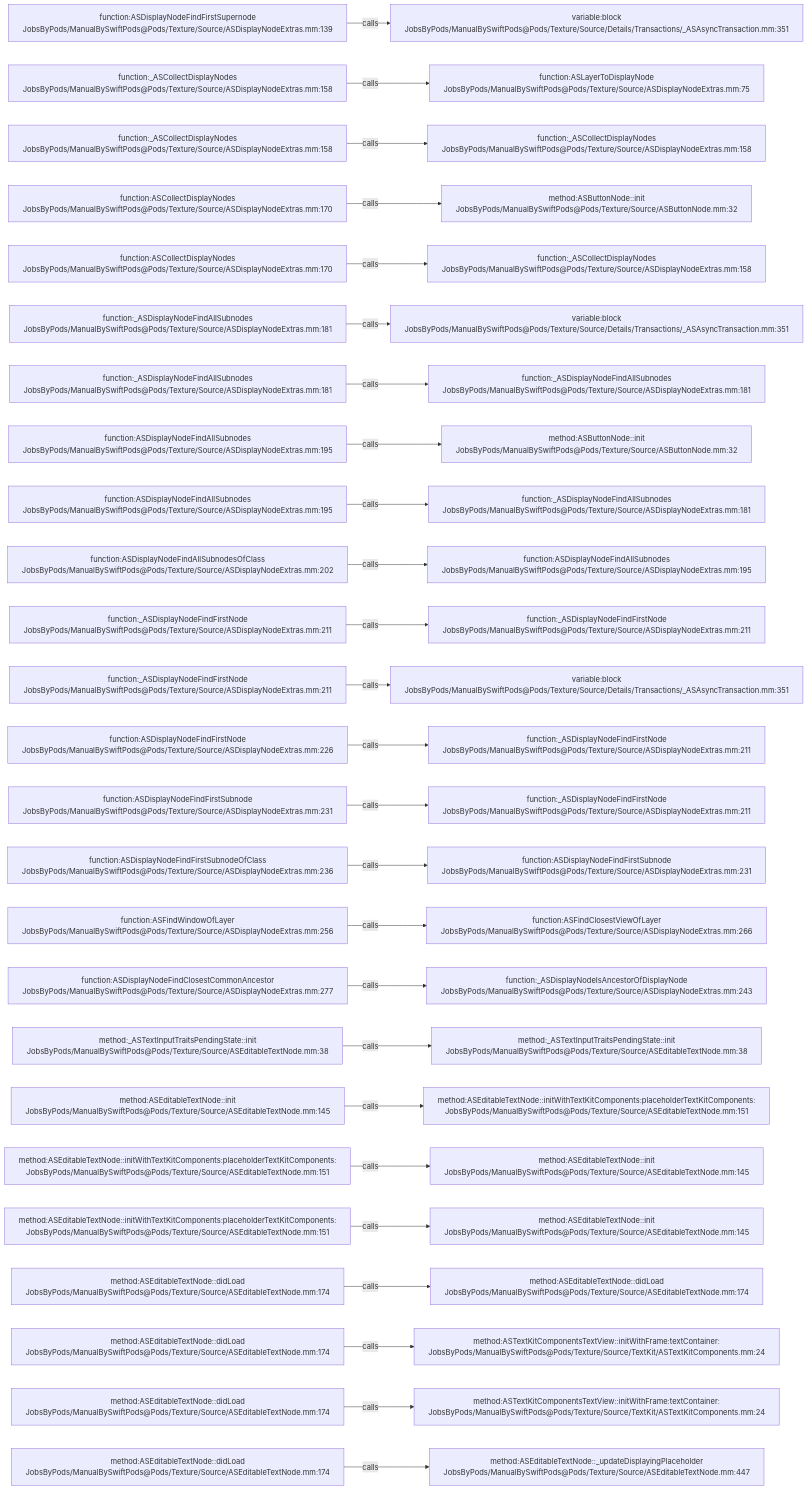
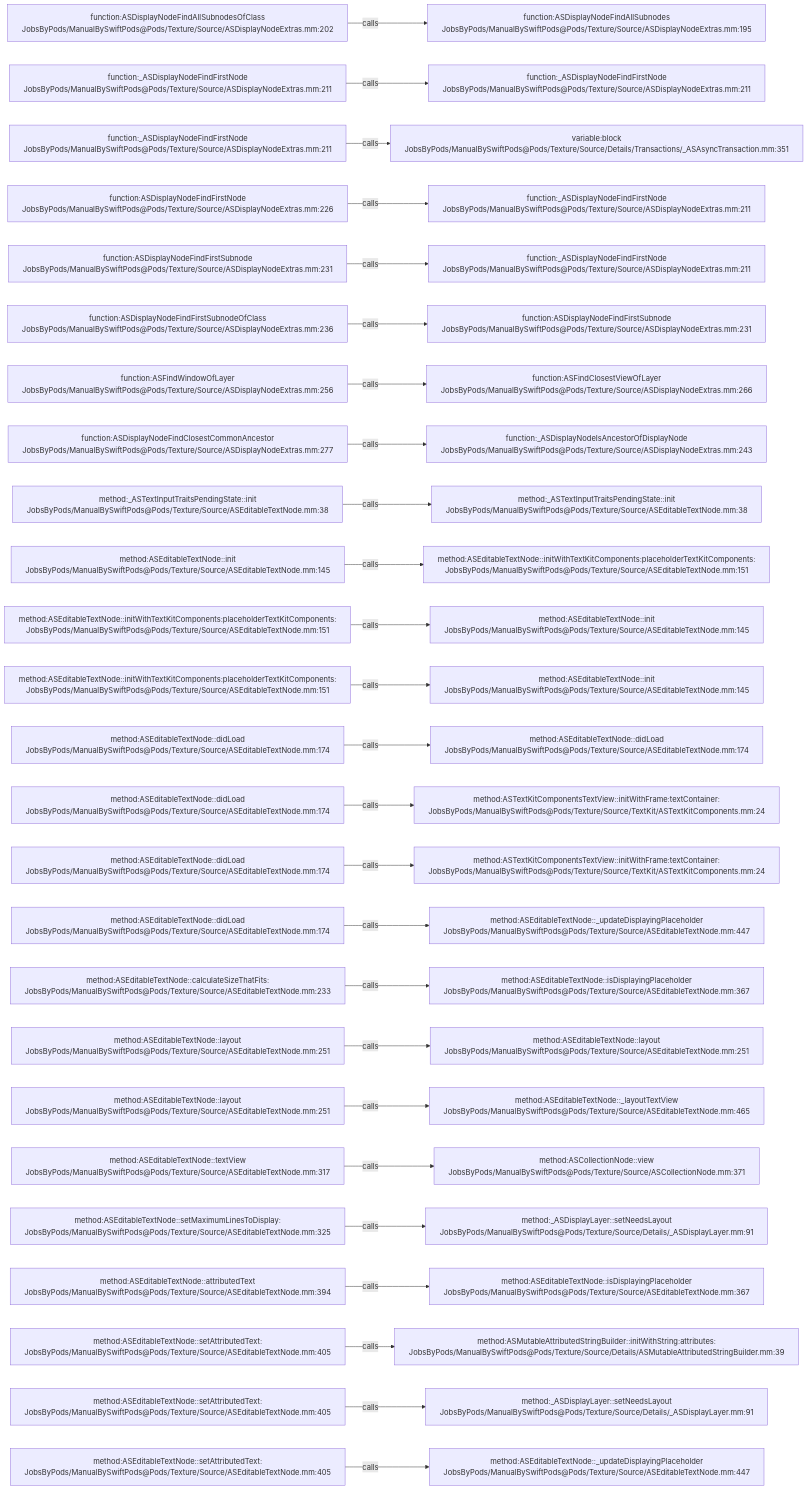
The diagram in .codegraph/codegraph.md/graphs/calls-039.md (JobsKits/JobsSwiftBaseConfigDemo), drawn with Mermaid before and after one commit. The commit also changed 707 other files, not shown here.

````diff
--- a/.codegraph/codegraph.md/graphs/calls-039.md
+++ b/.codegraph/codegraph.md/graphs/calls-039.md
@@ -13,78 +13,78 @@
 ```mermaid
 flowchart LR
-  S1["function:ASDisplayNodeFindFirstSupernode<br/>JobsByPods/ManualBySwiftPods@Pods/Texture/Source/ASDisplayNodeExtras.mm:139"]
-  T1["variable:block<br/>JobsByPods/ManualBySwiftPods@Pods/Texture/Source/Details/Transactions/_ASAsyncTransaction.mm:351"]
+  S1["function:ASDisplayNodeFindAllSubnodesOfClass<br/>JobsByPods/ManualBySwiftPods@Pods/Texture/Source/ASDisplayNodeExtras.mm:202"]
+  T1["function:ASDisplayNodeFindAllSubnodes<br/>JobsByPods/ManualBySwiftPods@Pods/Texture/Source/ASDisplayNodeExtras.mm:195"]
   S1 -->|calls| T1
-  S2["function:_ASCollectDisplayNodes<br/>JobsByPods/ManualBySwiftPods@Pods/Texture/Source/ASDisplayNodeExtras.mm:158"]
-  T2["function:ASLayerToDisplayNode<br/>JobsByPods/ManualBySwiftPods@Pods/Texture/Source/ASDisplayNodeExtras.mm:75"]
+  S2["function:_ASDisplayNodeFindFirstNode<br/>JobsByPods/ManualBySwiftPods@Pods/Texture/Source/ASDisplayNodeExtras.mm:211"]
+  T2["function:_ASDisplayNodeFindFirstNode<br/>JobsByPods/ManualBySwiftPods@Pods/Texture/Source/ASDisplayNodeExtras.mm:211"]
   S2 -->|calls| T2
-  S3["function:_ASCollectDisplayNodes<br/>JobsByPods/ManualBySwiftPods@Pods/Texture/Source/ASDisplayNodeExtras.mm:158"]
-  T3["function:_ASCollectDisplayNodes<br/>JobsByPods/ManualBySwiftPods@Pods/Texture/Source/ASDisplayNodeExtras.mm:158"]
+  S3["function:_ASDisplayNodeFindFirstNode<br/>JobsByPods/ManualBySwiftPods@Pods/Texture/Source/ASDisplayNodeExtras.mm:211"]
+  T3["variable:block<br/>JobsByPods/ManualBySwiftPods@Pods/Texture/Source/Details/Transactions/_ASAsyncTransaction.mm:351"]
   S3 -->|calls| T3
-  S4["function:ASCollectDisplayNodes<br/>JobsByPods/ManualBySwiftPods@Pods/Texture/Source/ASDisplayNodeExtras.mm:170"]
-  T4["method:ASButtonNode::init<br/>JobsByPods/ManualBySwiftPods@Pods/Texture/Source/ASButtonNode.mm:32"]
+  S4["function:ASDisplayNodeFindFirstNode<br/>JobsByPods/ManualBySwiftPods@Pods/Texture/Source/ASDisplayNodeExtras.mm:226"]
+  T4["function:_ASDisplayNodeFindFirstNode<br/>JobsByPods/ManualBySwiftPods@Pods/Texture/Source/ASDisplayNodeExtras.mm:211"]
   S4 -->|calls| T4
-  S5["function:ASCollectDisplayNodes<br/>JobsByPods/ManualBySwiftPods@Pods/Texture/Source/ASDisplayNodeExtras.mm:170"]
-  T5["function:_ASCollectDisplayNodes<br/>JobsByPods/ManualBySwiftPods@Pods/Texture/Source/ASDisplayNodeExtras.mm:158"]
+  S5["function:ASDisplayNodeFindFirstSubnode<br/>JobsByPods/ManualBySwiftPods@Pods/Texture/Source/ASDisplayNodeExtras.mm:231"]
+  T5["function:_ASDisplayNodeFindFirstNode<br/>JobsByPods/ManualBySwiftPods@Pods/Texture/Source/ASDisplayNodeExtras.mm:211"]
   S5 -->|calls| T5
-  S6["function:_ASDisplayNodeFindAllSubnodes<br/>JobsByPods/ManualBySwiftPods@Pods/Texture/Source/ASDisplayNodeExtras.mm:181"]
-  T6["variable:block<br/>JobsByPods/ManualBySwiftPods@Pods/Texture/Source/Details/Transactions/_ASAsyncTransaction.mm:351"]
+  S6["function:ASDisplayNodeFindFirstSubnodeOfClass<br/>JobsByPods/ManualBySwiftPods@Pods/Texture/Source/ASDisplayNodeExtras.mm:236"]
+  T6["function:ASDisplayNodeFindFirstSubnode<br/>JobsByPods/ManualBySwiftPods@Pods/Texture/Source/ASDisplayNodeExtras.mm:231"]
   S6 -->|calls| T6
-  S7["function:_ASDisplayNodeFindAllSubnodes<br/>JobsByPods/ManualBySwiftPods@Pods/Texture/Source/ASDisplayNodeExtras.mm:181"]
-  T7["function:_ASDisplayNodeFindAllSubnodes<br/>JobsByPods/ManualBySwiftPods@Pods/Texture/Source/ASDisplayNodeExtras.mm:181"]
+  S7["function:ASFindWindowOfLayer<br/>JobsByPods/ManualBySwiftPods@Pods/Texture/Source/ASDisplayNodeExtras.mm:256"]
+  T7["function:ASFindClosestViewOfLayer<br/>JobsByPods/ManualBySwiftPods@Pods/Texture/Source/ASDisplayNodeExtras.mm:266"]
   S7 -->|calls| T7
-  S8["function:ASDisplayNodeFindAllSubnodes<br/>JobsByPods/ManualBySwiftPods@Pods/Texture/Source/ASDisplayNodeExtras.mm:195"]
-  T8["method:ASButtonNode::init<br/>JobsByPods/ManualBySwiftPods@Pods/Texture/Source/ASButtonNode.mm:32"]
+  S8["function:ASDisplayNodeFindClosestCommonAncestor<br/>JobsByPods/ManualBySwiftPods@Pods/Texture/Source/ASDisplayNodeExtras.mm:277"]
+  T8["function:_ASDisplayNodeIsAncestorOfDisplayNode<br/>JobsByPods/ManualBySwiftPods@Pods/Texture/Source/ASDisplayNodeExtras.mm:243"]
   S8 -->|calls| T8
-  S9["function:ASDisplayNodeFindAllSubnodes<br/>JobsByPods/ManualBySwiftPods@Pods/Texture/Source/ASDisplayNodeExtras.mm:195"]
-  T9["function:_ASDisplayNodeFindAllSubnodes<br/>JobsByPods/ManualBySwiftPods@Pods/Texture/Source/ASDisplayNodeExtras.mm:181"]
+  S9["method:_ASTextInputTraitsPendingState::init<br/>JobsByPods/ManualBySwiftPods@Pods/Texture/Source/ASEditableTextNode.mm:38"]
+  T9["method:_ASTextInputTraitsPendingState::init<br/>JobsByPods/ManualBySwiftPods@Pods/Texture/Source/ASEditableTextNode.mm:38"]
   S9 -->|calls| T9
-  S10["function:ASDisplayNodeFindAllSubnodesOfClass<br/>JobsByPods/ManualBySwiftPods@Pods/Texture/Source/ASDisplayNodeExtras.mm:202"]
-  T10["function:ASDisplayNodeFindAllSubnodes<br/>JobsByPods/ManualBySwiftPods@Pods/Texture/Source/ASDisplayNodeExtras.mm:195"]
+  S10["method:ASEditableTextNode::init<br/>JobsByPods/ManualBySwiftPods@Pods/Texture/Source/ASEditableTextNode.mm:145"]
+  T10["method:ASEditableTextNode::initWithTextKitComponents:placeholderTextKitComponents:<br/>JobsByPods/ManualBySwiftPods@Pods/Texture/Source/ASEditableTextNode.mm:151"]
   S10 -->|calls| T10
-  S11["function:_ASDisplayNodeFindFirstNode<br/>JobsByPods/ManualBySwiftPods@Pods/Texture/Source/ASDisplayNodeExtras.mm:211"]
-  T11["function:_ASDisplayNodeFindFirstNode<br/>JobsByPods/ManualBySwiftPods@Pods/Texture/Source/ASDisplayNodeExtras.mm:211"]
+  S11["method:ASEditableTextNode::initWithTextKitComponents:placeholderTextKitComponents:<br/>JobsByPods/ManualBySwiftPods@Pods/Texture/Source/ASEditableTextNode.mm:151"]
+  T11["method:ASEditableTextNode::init<br/>JobsByPods/ManualBySwiftPods@Pods/Texture/Source/ASEditableTextNode.mm:145"]
   S11 -->|calls| T11
-  S12["function:_ASDisplayNodeFindFirstNode<br/>JobsByPods/ManualBySwiftPods@Pods/Texture/Source/ASDisplayNodeExtras.mm:211"]
-  T12["variable:block<br/>JobsByPods/ManualBySwiftPods@Pods/Texture/Source/Details/Transactions/_ASAsyncTransaction.mm:351"]
+  S12["method:ASEditableTextNode::initWithTextKitComponents:placeholderTextKitComponents:<br/>JobsByPods/ManualBySwiftPods@Pods/Texture/Source/ASEditableTextNode.mm:151"]
+  T12["method:ASEditableTextNode::init<br/>JobsByPods/ManualBySwiftPods@Pods/Texture/Source/ASEditableTextNode.mm:145"]
   S12 -->|calls| T12
-  S13["function:ASDisplayNodeFindFirstNode<br/>JobsByPods/ManualBySwiftPods@Pods/Texture/Source/ASDisplayNodeExtras.mm:226"]
-  T13["function:_ASDisplayNodeFindFirstNode<br/>JobsByPods/ManualBySwiftPods@Pods/Texture/Source/ASDisplayNodeExtras.mm:211"]
+  S13["method:ASEditableTextNode::didLoad<br/>JobsByPods/ManualBySwiftPods@Pods/Texture/Source/ASEditableTextNode.mm:174"]
+  T13["method:ASEditableTextNode::didLoad<br/>JobsByPods/ManualBySwiftPods@Pods/Texture/Source/ASEditableTextNode.mm:174"]
   S13 -->|calls| T13
-  S14["function:ASDisplayNodeFindFirstSubnode<br/>JobsByPods/ManualBySwiftPods@Pods/Texture/Source/ASDisplayNodeExtras.mm:231"]
-  T14["function:_ASDisplayNodeFindFirstNode<br/>JobsByPods/ManualBySwiftPods@Pods/Texture/Source/ASDisplayNodeExtras.mm:211"]
+  S14["method:ASEditableTextNode::didLoad<br/>JobsByPods/ManualBySwiftPods@Pods/Texture/Source/ASEditableTextNode.mm:174"]
+  T14["method:ASTextKitComponentsTextView::initWithFrame:textContainer:<br/>JobsByPods/ManualBySwiftPods@Pods/Texture/Source/TextKit/ASTextKitComponents.mm:24"]
   S14 -->|calls| T14
-  S15["function:ASDisplayNodeFindFirstSubnodeOfClass<br/>JobsByPods/ManualBySwiftPods@Pods/Texture/Source/ASDisplayNodeExtras.mm:236"]
-  T15["function:ASDisplayNodeFindFirstSubnode<br/>JobsByPods/ManualBySwiftPods@Pods/Texture/Source/ASDisplayNodeExtras.mm:231"]
+  S15["method:ASEditableTextNode::didLoad<br/>JobsByPods/ManualBySwiftPods@Pods/Texture/Source/ASEditableTextNode.mm:174"]
+  T15["method:ASTextKitComponentsTextView::initWithFrame:textContainer:<br/>JobsByPods/ManualBySwiftPods@Pods/Texture/Source/TextKit/ASTextKitComponents.mm:24"]
   S15 -->|calls| T15
-  S16["function:ASFindWindowOfLayer<br/>JobsByPods/ManualBySwiftPods@Pods/Texture/Source/ASDisplayNodeExtras.mm:256"]
-  T16["function:ASFindClosestViewOfLayer<br/>JobsByPods/ManualBySwiftPods@Pods/Texture/Source/ASDisplayNodeExtras.mm:266"]
+  S16["method:ASEditableTextNode::didLoad<br/>JobsByPods/ManualBySwiftPods@Pods/Texture/Source/ASEditableTextNode.mm:174"]
+  T16["method:ASEditableTextNode::_updateDisplayingPlaceholder<br/>JobsByPods/ManualBySwiftPods@Pods/Texture/Source/ASEditableTextNode.mm:447"]
   S16 -->|calls| T16
-  S17["function:ASDisplayNodeFindClosestCommonAncestor<br/>JobsByPods/ManualBySwiftPods@Pods/Texture/Source/ASDisplayNodeExtras.mm:277"]
-  T17["function:_ASDisplayNodeIsAncestorOfDisplayNode<br/>JobsByPods/ManualBySwiftPods@Pods/Texture/Source/ASDisplayNodeExtras.mm:243"]
+  S17["method:ASEditableTextNode::calculateSizeThatFits:<br/>JobsByPods/ManualBySwiftPods@Pods/Texture/Source/ASEditableTextNode.mm:233"]
+  T17["method:ASEditableTextNode::isDisplayingPlaceholder<br/>JobsByPods/ManualBySwiftPods@Pods/Texture/Source/ASEditableTextNode.mm:367"]
   S17 -->|calls| T17
-  S18["method:_ASTextInputTraitsPendingState::init<br/>JobsByPods/ManualBySwiftPods@Pods/Texture/Source/ASEditableTextNode.mm:38"]
-  T18["method:_ASTextInputTraitsPendingState::init<br/>JobsByPods/ManualBySwiftPods@Pods/Texture/Source/ASEditableTextNode.mm:38"]
+  S18["method:ASEditableTextNode::layout<br/>JobsByPods/ManualBySwiftPods@Pods/Texture/Source/ASEditableTextNode.mm:251"]
+  T18["method:ASEditableTextNode::layout<br/>JobsByPods/ManualBySwiftPods@Pods/Texture/Source/ASEditableTextNode.mm:251"]
   S18 -->|calls| T18
-  S19["method:ASEditableTextNode::init<br/>JobsByPods/ManualBySwiftPods@Pods/Texture/Source/ASEditableTextNode.mm:145"]
-  T19["method:ASEditableTextNode::initWithTextKitComponents:placeholderTextKitComponents:<br/>JobsByPods/ManualBySwiftPods@Pods/Texture/Source/ASEditableTextNode.mm:151"]
+  S19["method:ASEditableTextNode::layout<br/>JobsByPods/ManualBySwiftPods@Pods/Texture/Source/ASEditableTextNode.mm:251"]
+  T19["method:ASEditableTextNode::_layoutTextView<br/>JobsByPods/ManualBySwiftPods@Pods/Texture/Source/ASEditableTextNode.mm:465"]
   S19 -->|calls| T19
-  S20["method:ASEditableTextNode::initWithTextKitComponents:placeholderTextKitComponents:<br/>JobsByPods/ManualBySwiftPods@Pods/Texture/Source/ASEditableTextNode.mm:151"]
-  T20["method:ASEditableTextNode::init<br/>JobsByPods/ManualBySwiftPods@Pods/Texture/Source/ASEditableTextNode.mm:145"]
+  S20["method:ASEditableTextNode::textView<br/>JobsByPods/ManualBySwiftPods@Pods/Texture/Source/ASEditableTextNode.mm:317"]
+  T20["method:ASCollectionNode::view<br/>JobsByPods/ManualBySwiftPods@Pods/Texture/Source/ASCollectionNode.mm:371"]
   S20 -->|calls| T20
-  S21["method:ASEditableTextNode::initWithTextKitComponents:placeholderTextKitComponents:<br/>JobsByPods/ManualBySwiftPods@Pods/Texture/Source/ASEditableTextNode.mm:151"]
-  T21["method:ASEditableTextNode::init<br/>JobsByPods/ManualBySwiftPods@Pods/Texture/Source/ASEditableTextNode.mm:145"]
+  S21["method:ASEditableTextNode::setMaximumLinesToDisplay:<br/>JobsByPods/ManualBySwiftPods@Pods/Texture/Source/ASEditableTextNode.mm:325"]
+  T21["method:_ASDisplayLayer::setNeedsLayout<br/>JobsByPods/ManualBySwiftPods@Pods/Texture/Source/Details/_ASDisplayLayer.mm:91"]
   S21 -->|calls| T21
-  S22["method:ASEditableTextNode::didLoad<br/>JobsByPods/ManualBySwiftPods@Pods/Texture/Source/ASEditableTextNode.mm:174"]
-  T22["method:ASEditableTextNode::didLoad<br/>JobsByPods/ManualBySwiftPods@Pods/Texture/Source/ASEditableTextNode.mm:174"]
+  S22["method:ASEditableTextNode::attributedText<br/>JobsByPods/ManualBySwiftPods@Pods/Texture/Source/ASEditableTextNode.mm:394"]
+  T22["method:ASEditableTextNode::isDisplayingPlaceholder<br/>JobsByPods/ManualBySwiftPods@Pods/Texture/Source/ASEditableTextNode.mm:367"]
   S22 -->|calls| T22
-  S23["method:ASEditableTextNode::didLoad<br/>JobsByPods/ManualBySwiftPods@Pods/Texture/Source/ASEditableTextNode.mm:174"]
-  T23["method:ASTextKitComponentsTextView::initWithFrame:textContainer:<br/>JobsByPods/ManualBySwiftPods@Pods/Texture/Source/TextKit/ASTextKitComponents.mm:24"]
+  S23["method:ASEditableTextNode::setAttributedText:<br/>JobsByPods/ManualBySwiftPods@Pods/Texture/Source/ASEditableTextNode.mm:405"]
+  T23["method:ASMutableAttributedStringBuilder::initWithString:attributes:<br/>JobsByPods/ManualBySwiftPods@Pods/Texture/Source/Details/ASMutableAttributedStringBuilder.mm:39"]
   S23 -->|calls| T23
-  S24["method:ASEditableTextNode::didLoad<br/>JobsByPods/ManualBySwiftPods@Pods/Texture/Source/ASEditableTextNode.mm:174"]
-  T24["method:ASTextKitComponentsTextView::initWithFrame:textContainer:<br/>JobsByPods/ManualBySwiftPods@Pods/Texture/Source/TextKit/ASTextKitComponents.mm:24"]
+  S24["method:ASEditableTextNode::setAttributedText:<br/>JobsByPods/ManualBySwiftPods@Pods/Texture/Source/ASEditableTextNode.mm:405"]
+  T24["method:_ASDisplayLayer::setNeedsLayout<br/>JobsByPods/ManualBySwiftPods@Pods/Texture/Source/Details/_ASDisplayLayer.mm:91"]
   S24 -->|calls| T24
-  S25["method:ASEditableTextNode::didLoad<br/>JobsByPods/ManualBySwiftPods@Pods/Texture/Source/ASEditableTextNode.mm:174"]
+  S25["method:ASEditableTextNode::setAttributedText:<br/>JobsByPods/ManualBySwiftPods@Pods/Texture/Source/ASEditableTextNode.mm:405"]
   T25["method:ASEditableTextNode::_updateDisplayingPlaceholder<br/>JobsByPods/ManualBySwiftPods@Pods/Texture/Source/ASEditableTextNode.mm:447"]
   S25 -->|calls| T25
 ```
````
